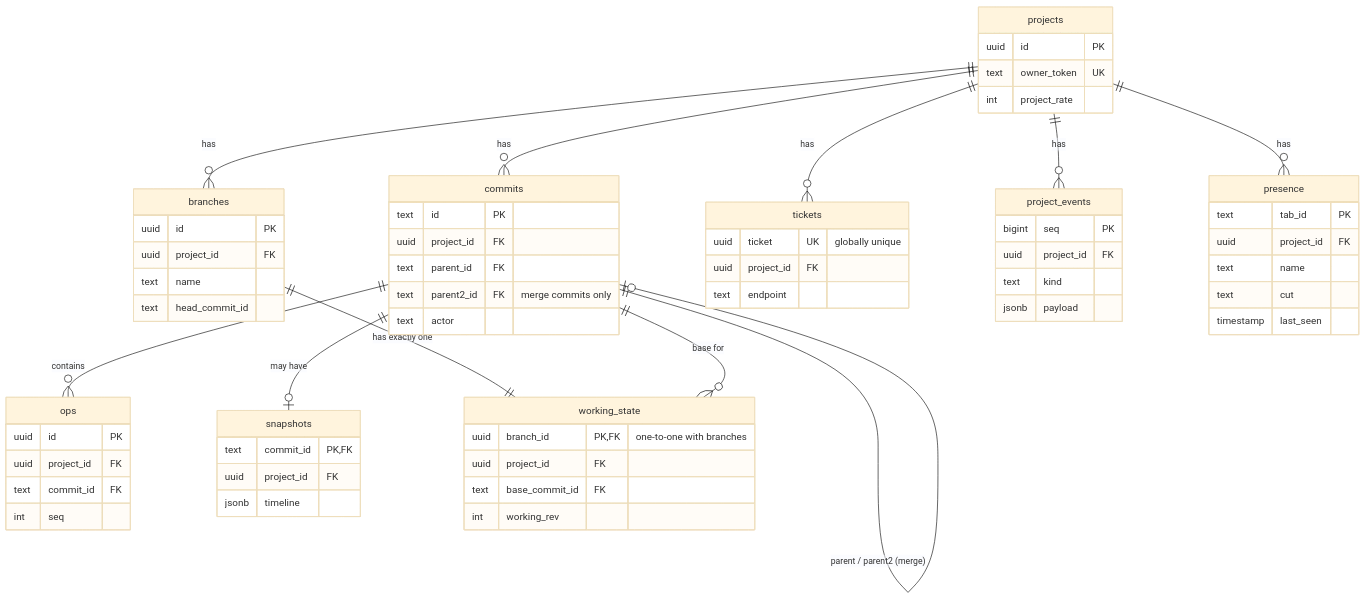
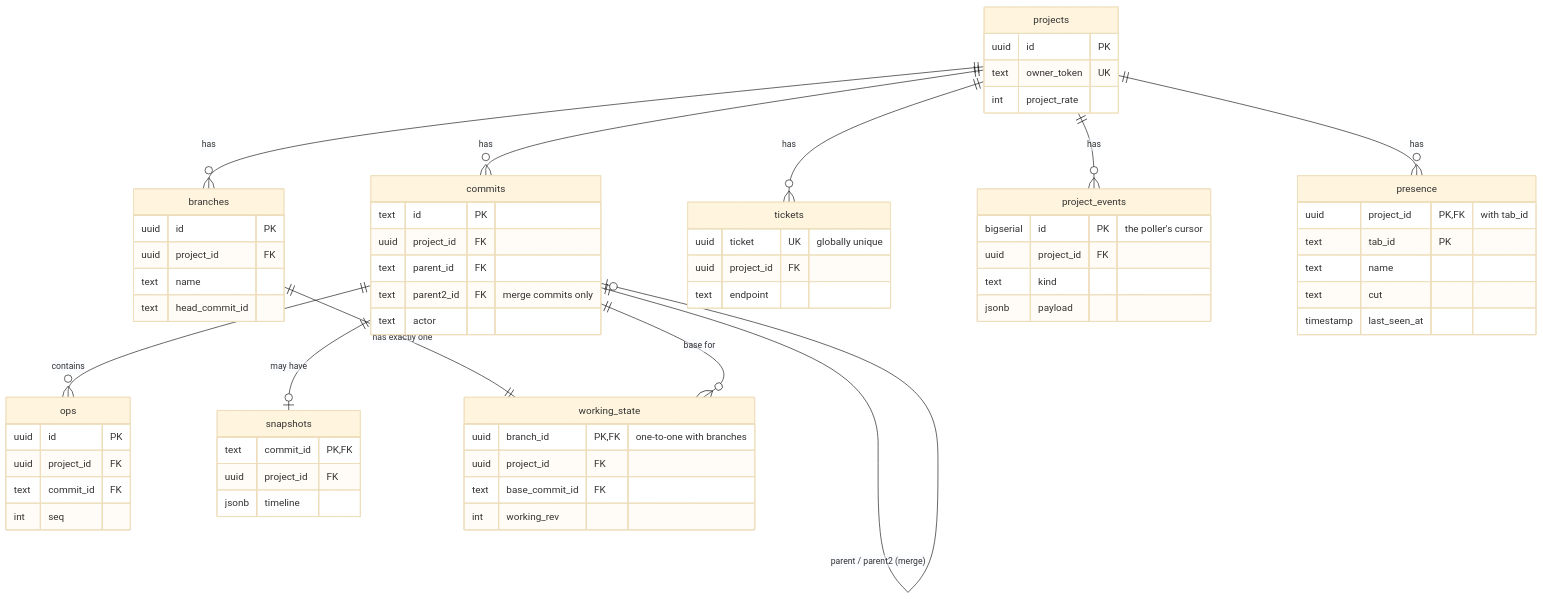
One commit to Adityalingwal/framebranch changed the diagram in docs/LLD.md. Above: the diagram before and after it, drawn with Mermaid (base theme). The commit also changed other lines of this file and 1 other file, not shown here.

Commit message:
B5 S6 fix: the new doc facts checked against the code, not the brief
Three claims S6 introduced were written from the API shape and the brief
rather than from the source. Read `db/schema.ts:229-270` and
`server/events.ts:15-31` and corrected them:

- `project_events`' primary key is `id` (a `bigserial`), not a `seq` column,
  and it is the cursor a poller resumes from — the table row and the ER
  diagram both said `seq`.
- `presence` has a COMPOSITE key `(project_id, tab_id)`, not `tab_id` alone,
  and its timestamp column is `last_seen_at`.
- The HLD said a tab that was away "catches up in one answer". It does not:
  the page is 200 events with no more-flag, and the rest arrive on the next
  tick — which is what the LLD's own endpoint matrix already says.

The nine event kinds were checked against `ProjectEventKind` and match
exactly; no change needed there.

````diff
--- a/docs/LLD.md
+++ b/docs/LLD.md
@@ -77,67 +77,67 @@
 ```mermaid
 erDiagram
     projects ||--o{ branches : "has"
     projects ||--o{ commits : "has"
     projects ||--o{ tickets : "has"
     projects ||--o{ project_events : "has"
     projects ||--o{ presence : "has"
     commits ||--o{ ops : "contains"
     commits ||--o| snapshots : "may have"
     commits ||--o| commits : "parent / parent2 (merge)"
     branches ||--|| working_state : "has exactly one"
     commits ||--o{ working_state : "base for"
 
     projects {
         uuid id PK
         text owner_token UK
         int project_rate
     }
     branches {
         uuid id PK
         uuid project_id FK
         text name
         text head_commit_id
     }
     commits {
         text id PK
         uuid project_id FK
         text parent_id FK
         text parent2_id FK "merge commits only"
         text actor
     }
     ops {
         uuid id PK
         uuid project_id FK
         text commit_id FK
         int seq
     }
     snapshots {
         text commit_id PK,FK
         uuid project_id FK
         jsonb timeline
     }
     working_state {
         uuid branch_id PK,FK "one-to-one with branches"
         uuid project_id FK
         text base_commit_id FK
         int working_rev
     }
     tickets {
         uuid ticket UK "globally unique"
         uuid project_id FK
         text endpoint
     }
     project_events {
-        bigint seq PK
+        bigserial id PK "the poller's cursor"
         uuid project_id FK
         text kind
         jsonb payload
     }
     presence {
+        uuid project_id PK,FK "with tab_id"
         text tab_id PK
-        uuid project_id FK
         text name
         text cut
-        timestamp last_seen
+        timestamp last_seen_at
     }
 ```
````
